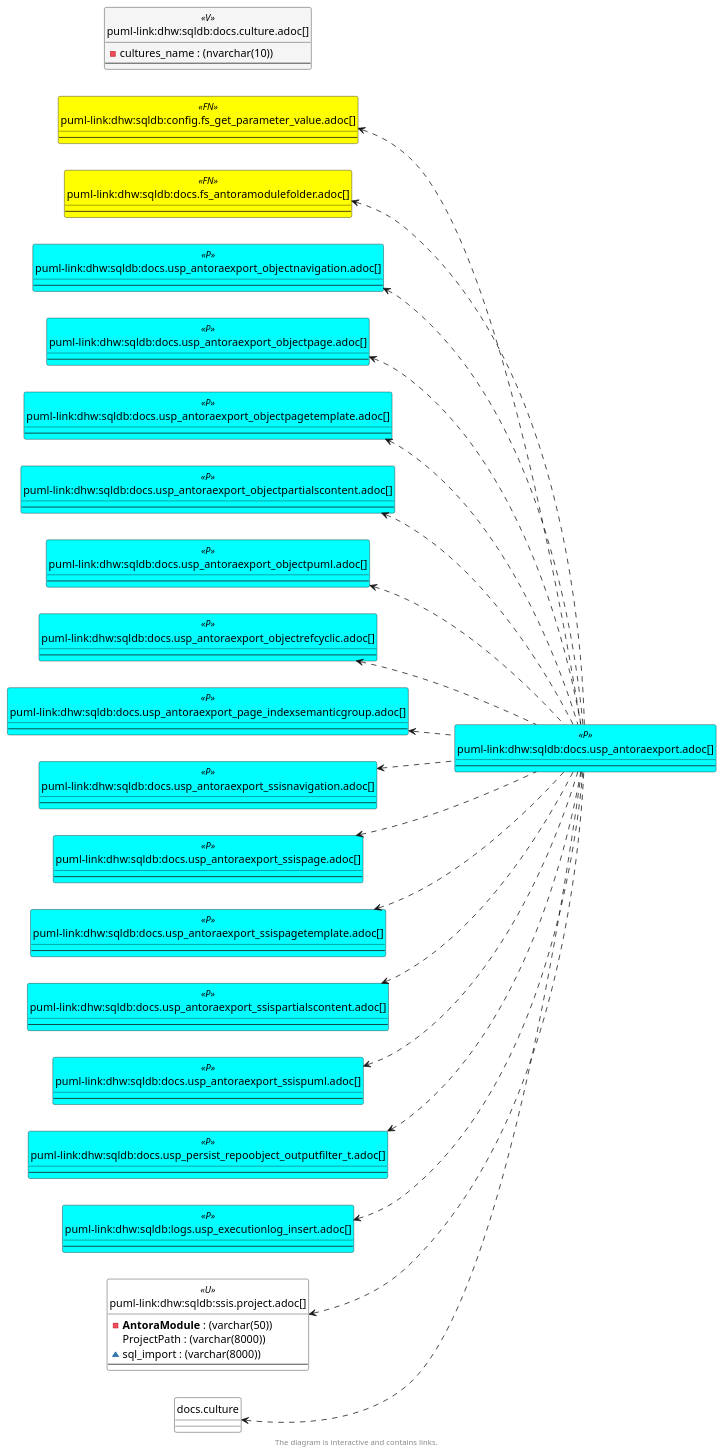
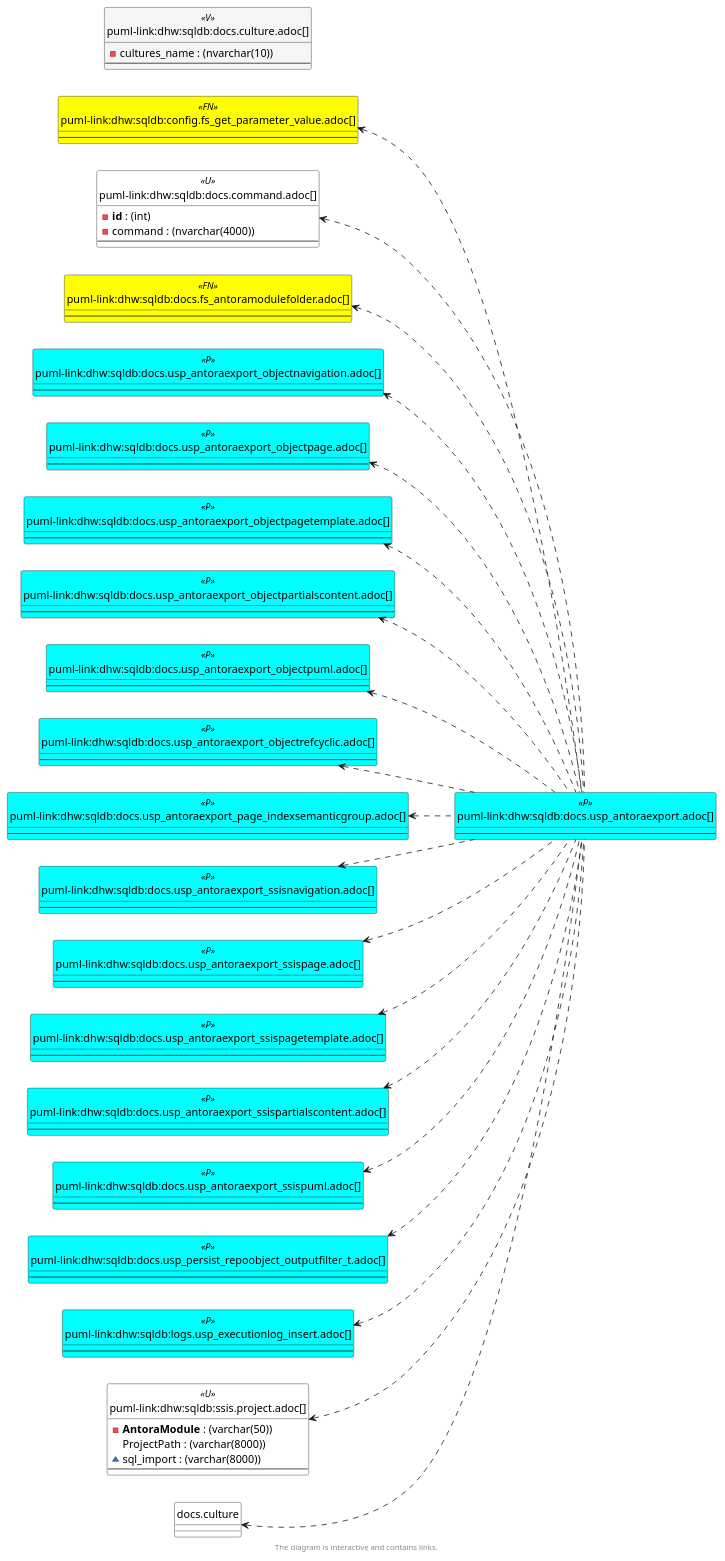
One commit to DataHandwerk/dhw-antora-sqldb changed the sixth of 6 diagrams in docs/modules/sqldb/partials/content/docs.usp_antoraexport.adoc. Above: the diagram before and after it, drawn with PlantUML. The commit also changed other lines of this file and 701 other files, not shown here.

```diff
--- a/docs/modules/sqldb/partials/content/docs.usp_antoraexport.adoc
+++ b/docs/modules/sqldb/partials/content/docs.usp_antoraexport.adoc
@@ -3823,6 +3975,12 @@
 
 
 entity "puml-link:dhw:sqldb:config.fs_get_parameter_value.adoc[]" as config.fs_get_parameter_value << FN >> {
+  --
+}
+
+entity "puml-link:dhw:sqldb:docs.command.adoc[]" as docs.command << U >> {
+  - **id** : (int)
+  - command : (nvarchar(4000))
   --
 }
 
@@ -3903,6 +4061,7 @@
 }
 
 config.fs_get_parameter_value <.. docs.usp_AntoraExport
+docs.command <.. docs.usp_AntoraExport
 docs.culture <.. docs.usp_AntoraExport
 docs.fs_AntoraModuleFolder <.. docs.usp_AntoraExport
 docs.usp_AntoraExport_ObjectNavigation <.. docs.usp_AntoraExport
```
